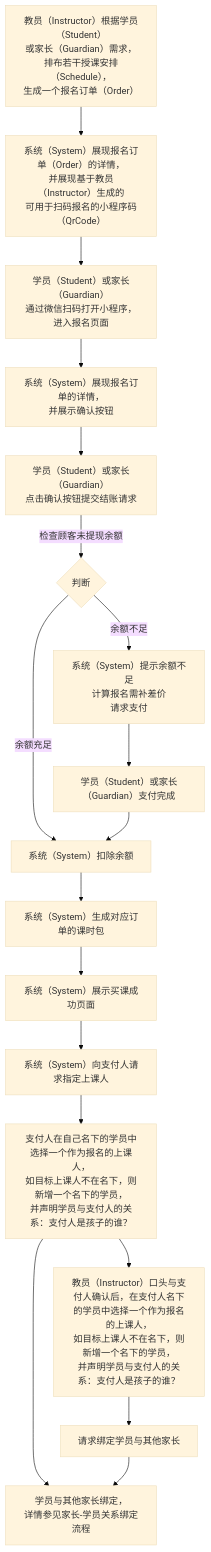
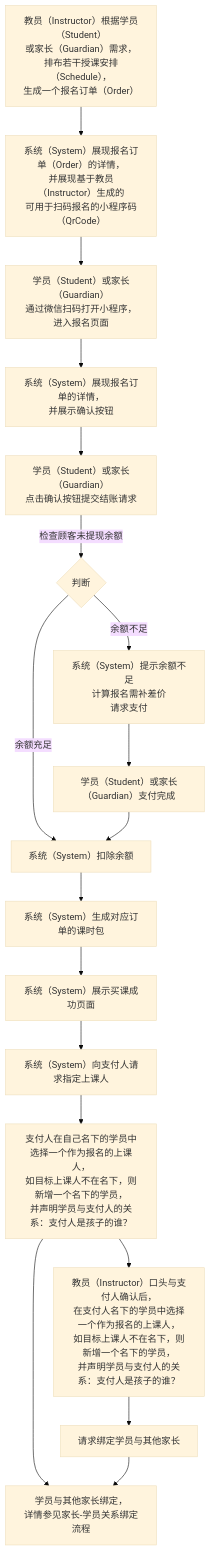
One commit to world-wide-web/sign changed the diagram in 用例/报名.md. Above: the diagram before and after it, drawn with Mermaid (base theme). The commit also changed other lines of this file, not shown here.

Commit message:
用例/报名.md updated from https://stackedit.io/

````diff
--- a/用例/报名.md
+++ b/用例/报名.md
@@ -7,53 +7,53 @@
 ```mermaid
 graph TD
 
 生成报名订单-->生成报名码
 生成报名码-->扫码报名
 扫码报名-->展现报名订单
 展现报名订单-->确认并提交结账请求
 确认并提交结账请求--检查顾客未提现余额-->检查顾客未提现余额
 检查顾客未提现余额--余额充足-->扣除余额
 检查顾客未提现余额--余额不足-->请求支付
 请求支付-->支付完成
 支付完成-->扣除余额
 扣除余额-->生成课时包
 生成课时包-->提示买课成功
 提示买课成功-->请求身份声明
 请求身份声明-->指定上课人
 指定上课人-->教员代理身份声明
 教员代理身份声明-->请求绑定学员与其他家长
 指定上课人-->学员与其他家长绑定
 请求绑定学员与其他家长-->学员与其他家长绑定
 
 生成报名订单["<center>教员（Instructor）根据学员（Student）<br>或家长（Guardian）需求，<br>排布若干授课安排（Schedule），<br>生成一个报名订单（Order）</center>"]
 
 生成报名码["<center>系统（System）展现报名订单（Order）的详情，<br>并展现基于教员（Instructor）生成的<br>可用于扫码报名的小程序码（QrCode）</center>"]
 
 扫码报名["<center>学员（Student）或家长（Guardian）<br>通过微信扫码打开小程序，进入报名页面</center>"]
 
 展现报名订单["<center>系统（System）展现报名订单的详情，<br>并展示确认按钮</center>"]
 
 确认并提交结账请求["<center>学员（Student）或家长（Guardian）<br>点击确认按钮提交结账请求</center>"]
 
 检查顾客未提现余额{判断}
 
 请求支付["<center>系统（System）提示余额不足<br>计算报名需补差价<br>请求支付</center>"]
 
 支付完成["<center>学员（Student）或家长（Guardian）支付完成</center>"]
 
 扣除余额["<center>系统（System）扣除余额</center>"]
 
 生成课时包["<center>系统（System）生成对应订单的课时包</center>"]
 
 提示买课成功["<center>系统（System）展示买课成功页面</center>"]
 
 请求身份声明["<center>系统（System）向支付人请求指定上课人</center>"]
 
 指定上课人["<center>支付人在自己名下的学员中选择一个作为报名的上课人，<br>如目标上课人不在名下，则新增一个名下的学员，<br>并声明学员与支付人的关系：支付人是孩子的谁？</center>"]
 
-教员代理身份声明["<center>教员（Instructor）口头与支付人确认后，在支付人名下的学员中选择一个作为报名的上课人，<br>如目标上课人不在名下，则新增一个名下的学员，<br>并声明学员与支付人的关系：支付人是孩子的谁？</center>"]
+教员代理身份声明["<center>教员（Instructor）口头与支付人确认后，<br>在支付人名下的学员中选择一个作为报名的上课人，<br>如目标上课人不在名下，则新增一个名下的学员，<br>并声明学员与支付人的关系：支付人是孩子的谁？</center>"]
 
 请求绑定学员与其他家长
 
 学员与其他家长绑定["<center>学员与其他家长绑定，<br>详情参见家长-学员关系绑定流程</center>"]
 ```
````
